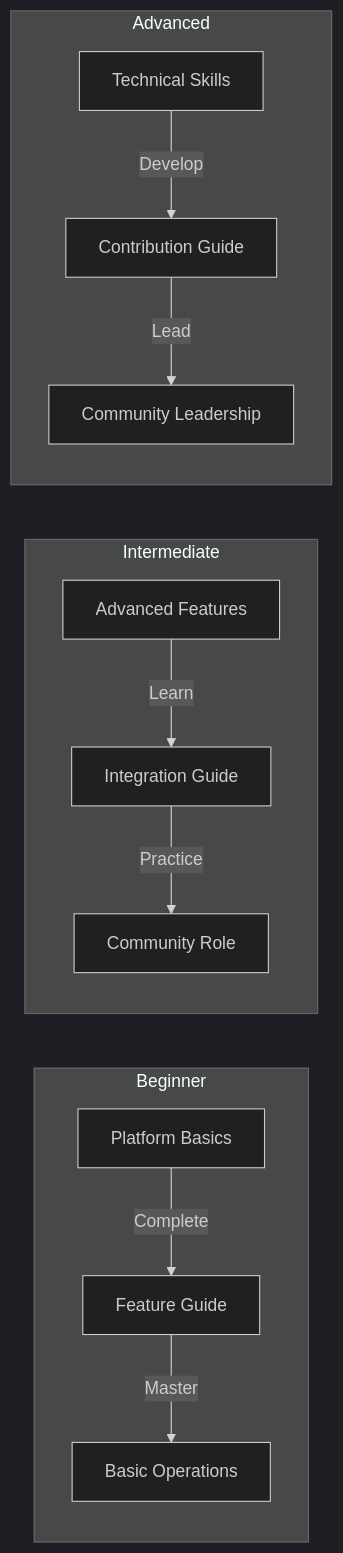
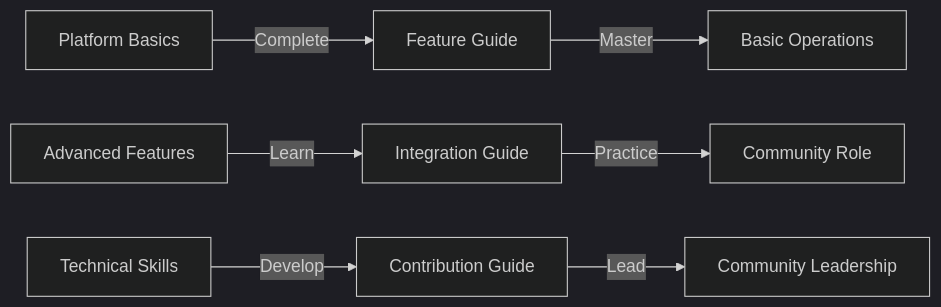
One commit to MEMEFANS/memefans changed the sixth of 18 diagrams in docs/whitepaper/community-ecosystem.md. Above: the diagram before and after it, drawn with Mermaid (dark theme). The commit also changed other lines of this file, not shown here.

Commit message:
fix: simplify mermaid diagrams by removing subgraphs

````diff
--- a/docs/whitepaper/community-ecosystem.md
+++ b/docs/whitepaper/community-ecosystem.md
@@ -123,17 +109,11 @@
 ```mermaid
 graph LR
-    subgraph Beginner
-        PB[Platform Basics] -->|Complete| FG[Feature Guide]
-        FG -->|Master| BO[Basic Operations]
-    end
+    PB[Platform Basics] -->|Complete| FG[Feature Guide]
+    FG -->|Master| BO[Basic Operations]
     
-    subgraph Intermediate
-        AF[Advanced Features] -->|Learn| IG[Integration Guide]
-        IG -->|Practice| CR[Community Role]
-    end
+    AF[Advanced Features] -->|Learn| IG[Integration Guide]
+    IG -->|Practice| CR[Community Role]
     
-    subgraph Advanced
-        TS[Technical Skills] -->|Develop| CG[Contribution Guide]
-        CG -->|Lead| CL[Community Leadership]
-    end
+    TS[Technical Skills] -->|Develop| CG[Contribution Guide]
+    CG -->|Lead| CL[Community Leadership]
 ```
````
